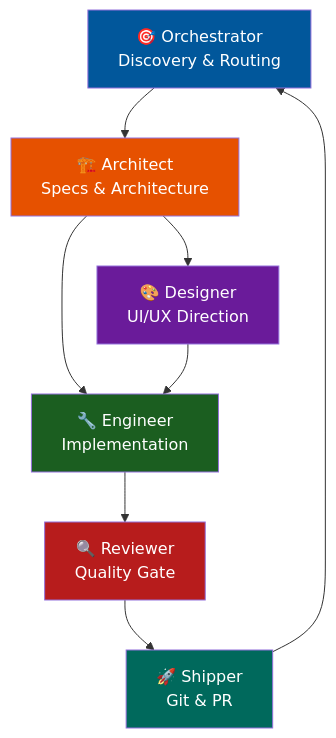
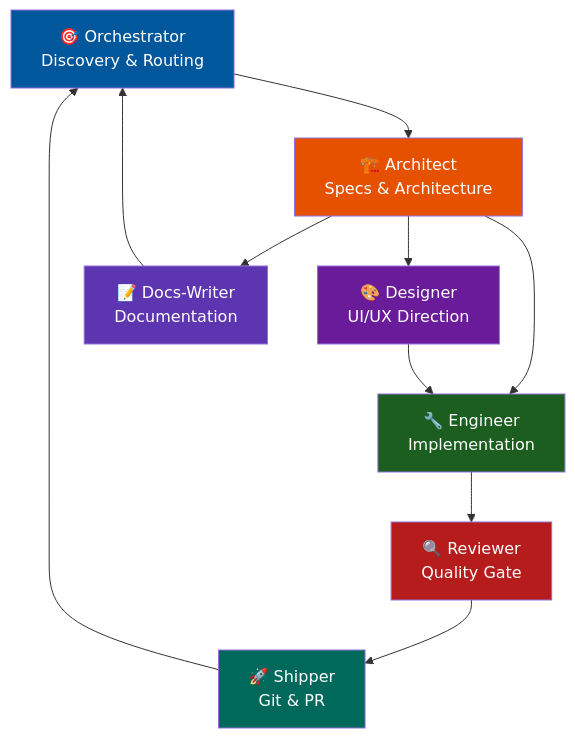
One commit to leorsousa05/CrewLoop changed the diagram in README.md. Above: the diagram before and after it, drawn with Mermaid. The commit also changed other lines of this file, not shown here.

First line of the commit message:
docs(readme): add docs-writer skill to team documentation

````diff
--- a/README.md
+++ b/README.md
@@ -53,17 +54,20 @@
 ```mermaid
 flowchart TD
     O["🎯 Orchestrator<br>Discovery & Routing"] --> A["🏗️ Architect<br>Specs & Architecture"]
     A --> D["🎨 Designer<br>UI/UX Direction"]
     A --> E["🔧 Engineer<br>Implementation"]
+    A --> W["📝 Docs-Writer<br>Documentation"]
     D --> E
     E --> R["🔍 Reviewer<br>Quality Gate"]
     R --> S["🚀 Shipper<br>Git & PR"]
     S --> O
+    W --> O
 
     style O fill:#01579b,color:#fff
     style A fill:#e65100,color:#fff
     style D fill:#6a1b9a,color:#fff
     style E fill:#1b5e20,color:#fff
     style R fill:#b71c1c,color:#fff
     style S fill:#00695c,color:#fff
+    style W fill:#5e35b1,color:#fff
 ```
````
